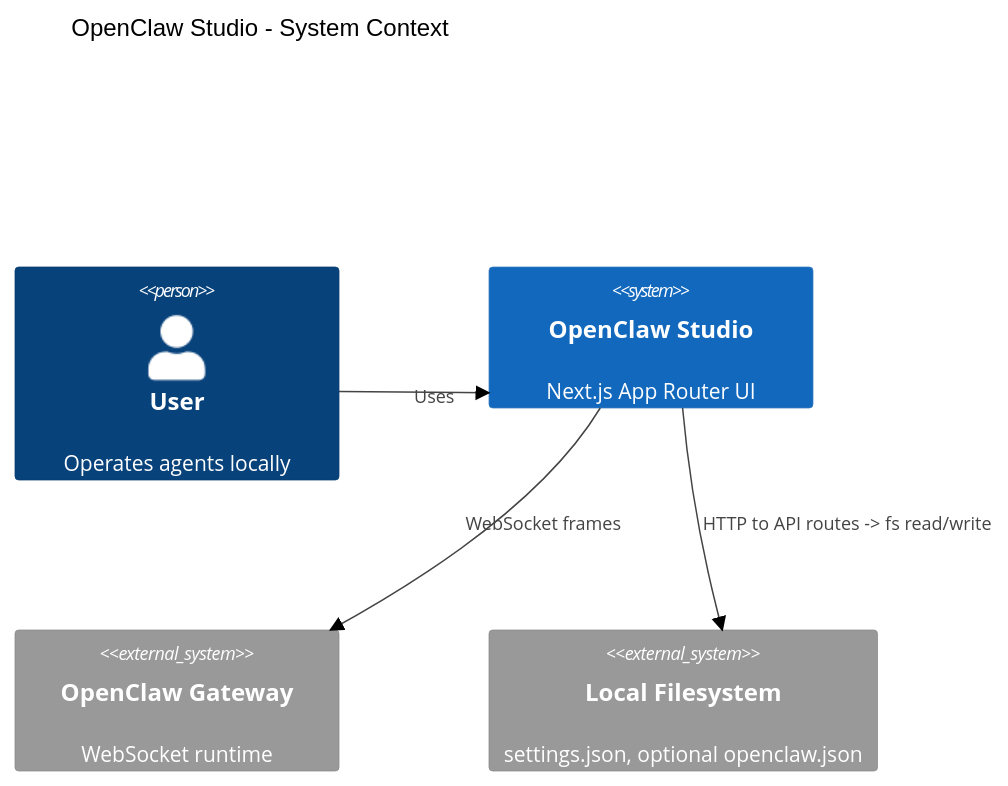
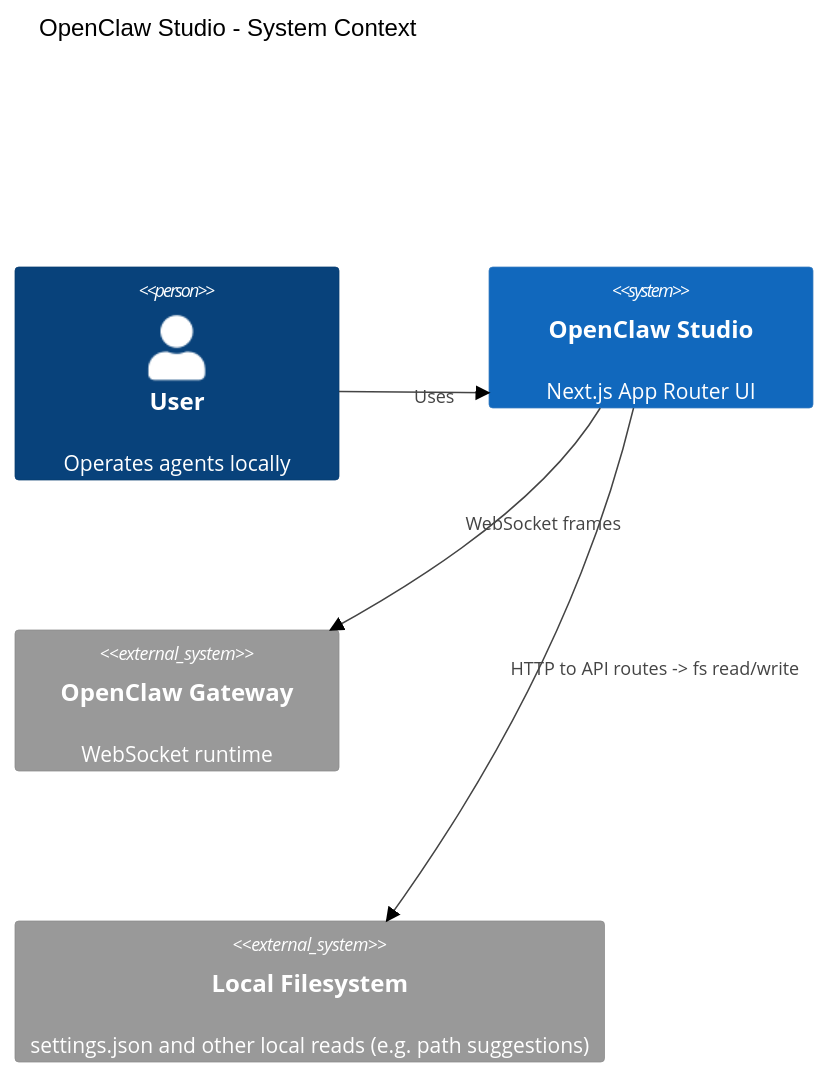
Before and after one commit to MichelCaini/openclaw-studio: the first of 2 diagrams in ARCHITECTURE.md, drawn with Mermaid (forest theme). The commit also changed other lines of this file, not shown here.

Commit message:
docs: sync architecture after logger refactor

````diff
--- a/ARCHITECTURE.md
+++ b/ARCHITECTURE.md
@@ -126,12 +126,12 @@
 ```mermaid
 C4Context
   title OpenClaw Studio - System Context
   Person(user, "User", "Operates agents locally")
   System(ui, "OpenClaw Studio", "Next.js App Router UI")
   System_Ext(gateway, "OpenClaw Gateway", "WebSocket runtime")
-  System_Ext(fs, "Local Filesystem", "settings.json, optional openclaw.json")
+  System_Ext(fs, "Local Filesystem", "settings.json and other local reads (e.g. path suggestions)")
 
   Rel(user, ui, "Uses")
   Rel(ui, gateway, "WebSocket frames")
   Rel(ui, fs, "HTTP to API routes -> fs read/write")
 ```
````
